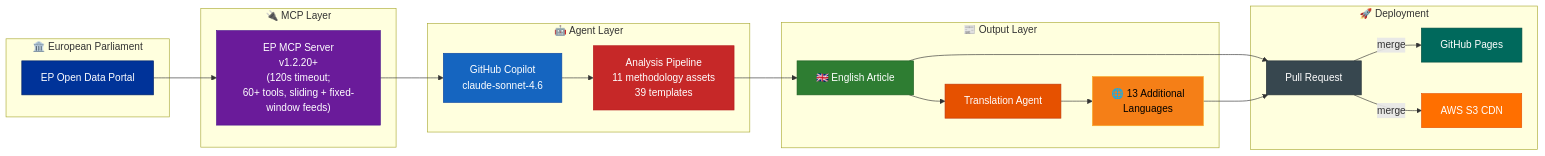
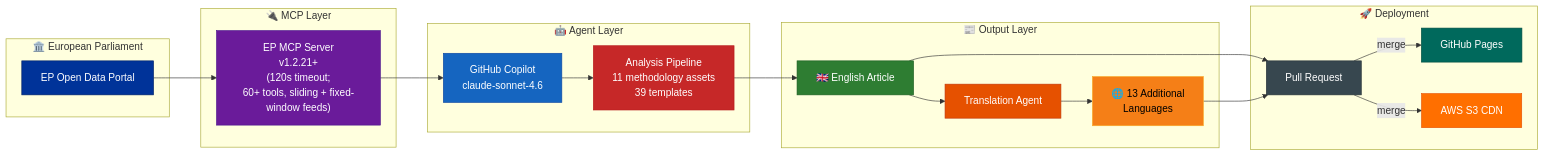
Diagram 22 of 22 in WORKFLOWS.md (Hack23/euparliamentmonitor), drawn with Mermaid before and after one commit. The commit also changed other lines of this file and 66 other files, not shown here.

First line of the commit message:
chore: bump european-parliament-mcp-server 1.2.20 → 1.2.21 across all configs, workflows, docs, and source

````diff
--- a/WORKFLOWS.md
+++ b/WORKFLOWS.md
@@ -2043,42 +2043,42 @@
 ```mermaid
 flowchart LR
     subgraph "🏛️ European Parliament"
         EP["EP Open Data Portal"]
     end
 
     subgraph "🔌 MCP Layer"
-        MCP["EP MCP Server<br/>v1.2.20+<br/>(120s timeout;<br/>60+ tools, sliding + fixed-window feeds)"]
+        MCP["EP MCP Server<br/>v1.2.21+<br/>(120s timeout;<br/>60+ tools, sliding + fixed-window feeds)"]
     end
 
     subgraph "🤖 Agent Layer"
         Agent["GitHub Copilot<br/>claude-sonnet-4.6"]
         Analyze["Analysis Pipeline<br/>11 methodology assets<br/>39 templates"]
     end
 
     subgraph "📰 Output Layer"
         EN["🇬🇧 English Article"]
         Translate["Translation Agent"]
         Multi["🌐 13 Additional<br/>Languages"]
     end
 
     subgraph "🚀 Deployment"
         PR["Pull Request"]
         Pages["GitHub Pages"]
         S3["AWS S3 CDN"]
     end
 
     EP --> MCP --> Agent --> Analyze --> EN --> PR
     EN --> Translate --> Multi --> PR
     PR --> |"merge"| Pages & S3
 
     style EP fill:#003399,stroke:#002266,color:#FFFFFF
     style MCP fill:#6A1B9A,stroke:#4A148C,color:#FFFFFF
     style Agent fill:#1565C0,stroke:#0D47A1,color:#FFFFFF
     style Analyze fill:#C62828,stroke:#B71C1C,color:#FFFFFF
     style EN fill:#2E7D32,stroke:#1B5E20,color:#FFFFFF
     style Translate fill:#E65100,stroke:#BF360C,color:#FFFFFF
     style Multi fill:#F57F17,stroke:#F9A825,color:#000000
     style PR fill:#37474F,stroke:#263238,color:#FFFFFF
     style Pages fill:#00695C,stroke:#004D40,color:#FFFFFF
     style S3 fill:#FF6F00,stroke:#E65100,color:#FFFFFF
 ```
````
